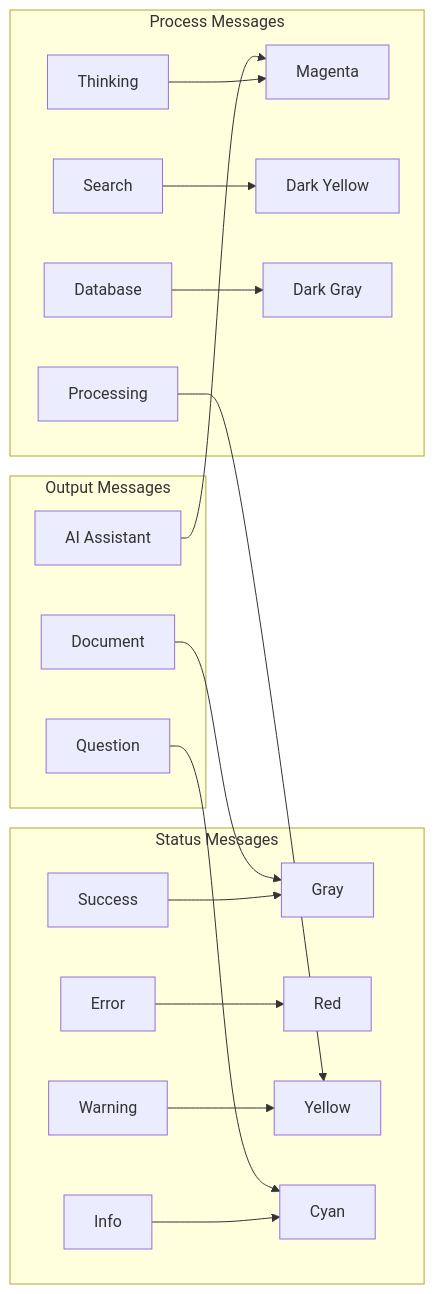
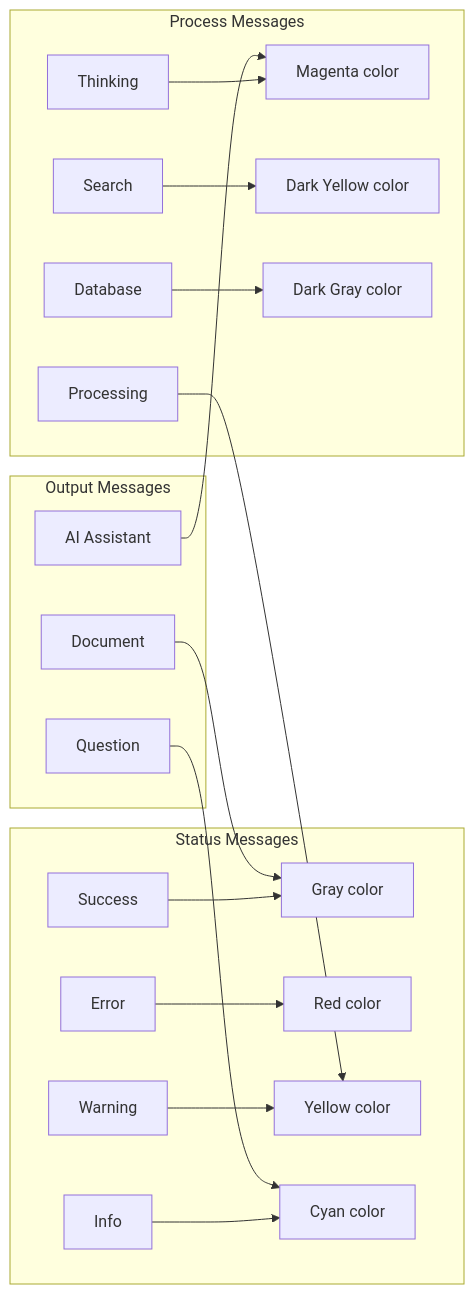
Before and after one commit to andikatjacobdennis/Local-RAG-With-OllamaSharp: the third of 11 diagrams in doc/Technical Architecture Document.md, drawn with Mermaid. The commit also changed other lines of this file, not shown here.

````diff
--- a/doc/Technical Architecture Document.md
+++ b/doc/Technical Architecture Document.md
@@ -179,22 +179,22 @@
 ```mermaid
 flowchart LR
     subgraph Status["Status Messages"]
-        S[Success] --> G[Green]
-        E[Error] --> R[Red]
-        W[Warning] --> Y[Yellow]
-        I[Info] --> C[Cyan]
+        S[Success] --> G[Green color]
+        E[Error] --> R[Red color]
+        W[Warning] --> Y[Yellow color]
+        I[Info] --> C[Cyan color]
     end
     
     subgraph Process["Process Messages"]
-        P[Processing] --> Y[Yellow]
-        T[Thinking] --> M[Magenta]
-        SR[Search] --> DY[Dark Yellow]
-        DB[Database] --> DG[Dark Gray]
+        P[Processing] --> Y[Yellow color]
+        T[Thinking] --> M[Magenta color]
+        SR[Search] --> DY[Dark Yellow color]
+        DB[Database] --> DG[Dark Gray color]
     end
     
     subgraph Output["Output Messages"]
-        AI[AI Assistant] --> M[Magenta]
-        Q[Question] --> C[Cyan]
-        D[Document] --> G[Gray]
+        AI[AI Assistant] --> M[Magenta color]
+        Q[Question] --> C[Cyan color]
+        D[Document] --> G[Gray color]
     end
 ```
````
